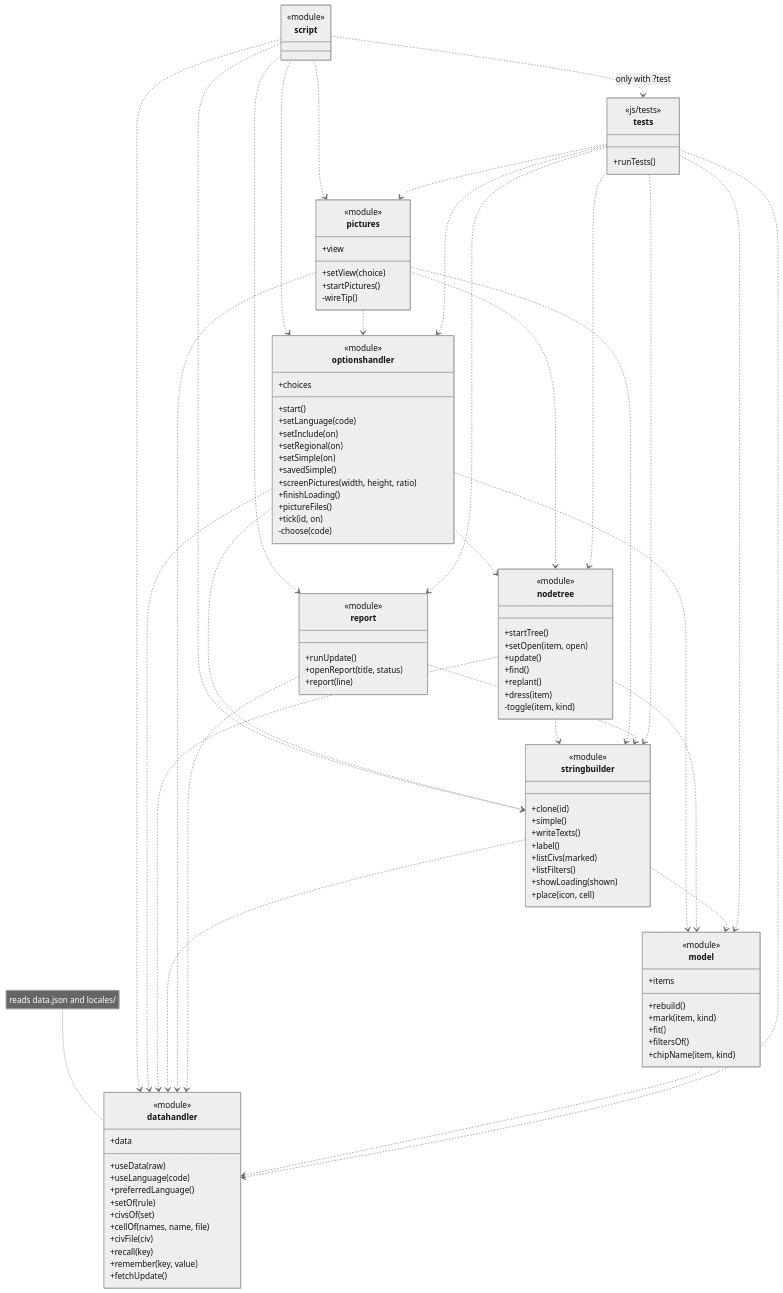
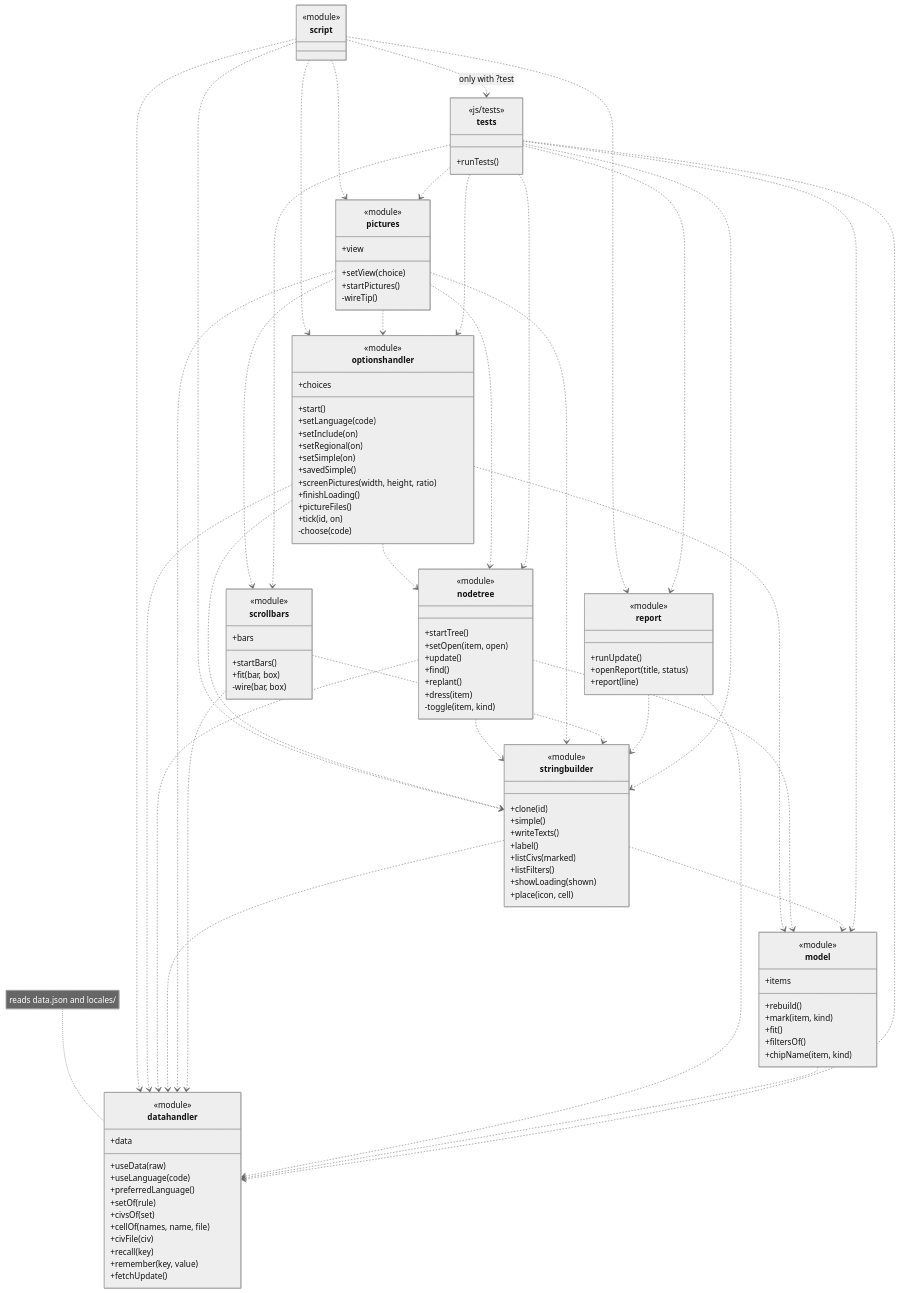
Before and after one commit to cnordenb/civexplorer.net: the diagram in documentation/MAINTAINER.md, drawn with Mermaid (neutral theme). The commit also changed other lines of this file and 31 other files, not shown here.

```diff
--- a/documentation/MAINTAINER.md
+++ b/documentation/MAINTAINER.md
@@ -192,6 +197,13 @@
     +startPictures()
     -wireTip()
   }
+  class scrollbars {
+    <<module>>
+    +bars
+    +startBars()
+    +fit(bar, box)
+    -wire(bar, box)
+  }
   class report {
     <<module>>
     +runUpdate()
@@ -217,6 +229,9 @@
   pictures ..> nodetree
   pictures ..> stringbuilder
   pictures ..> datahandler
+  pictures ..> scrollbars
+  scrollbars ..> stringbuilder
+  scrollbars ..> datahandler
   report ..> stringbuilder
   report ..> datahandler
   model ..> datahandler
@@ -224,6 +239,7 @@
   tests ..> nodetree
   tests ..> stringbuilder
   tests ..> pictures
+  tests ..> scrollbars
   tests ..> report
   tests ..> model
   tests ..> datahandler
```
